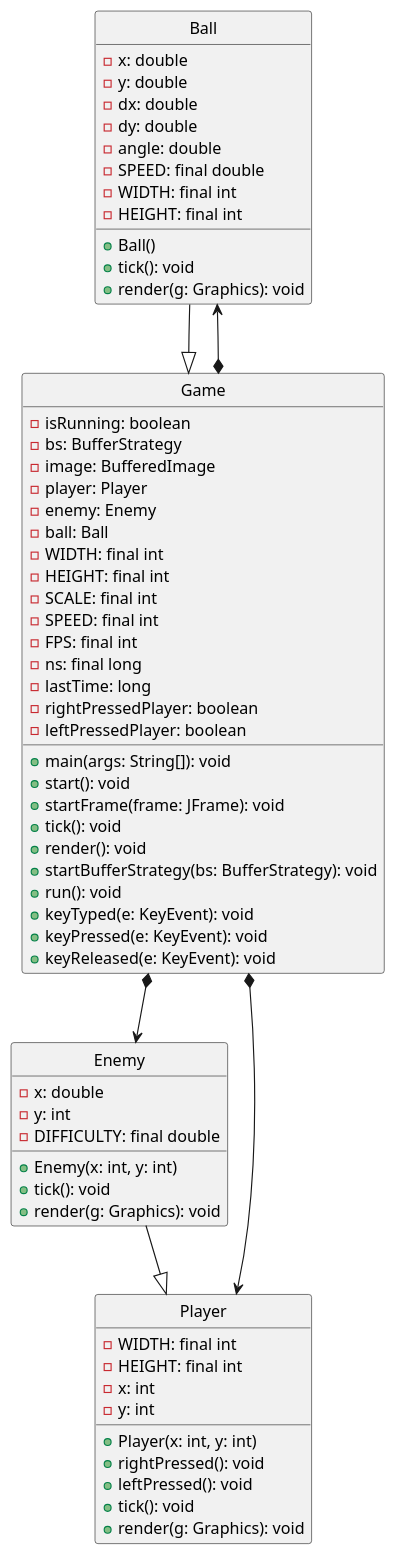
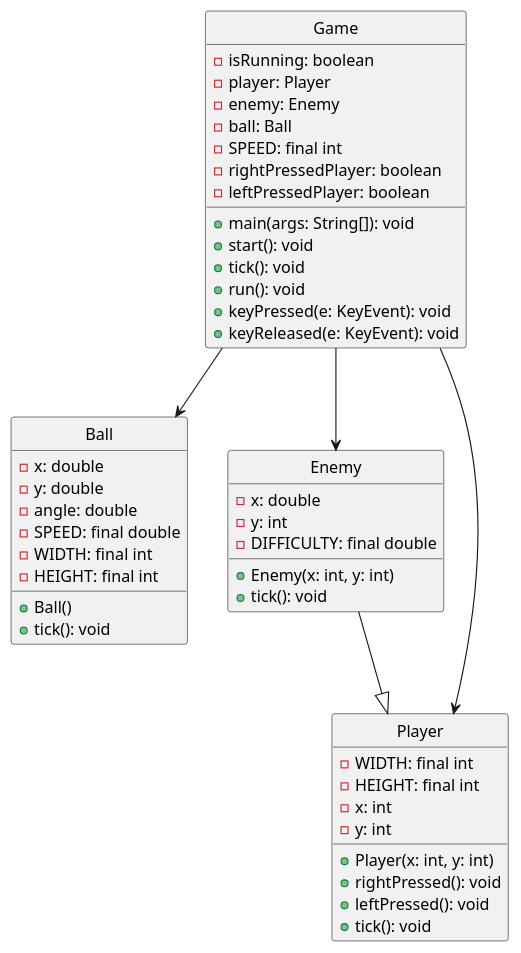
The diagram in Diagrams/classDiagram.puml (mapkpo/Tp-ingenieria-del-software), drawn with PlantUML before and after one commit. The commit also changed 2 other files, not shown here.

Commit message:
Updated diagrams

```diff
--- a/Diagrams/classDiagram.puml
+++ b/Diagrams/classDiagram.puml
@@ -1,74 +1,56 @@
 @startuml classDiagram
 
 hide circle
 
 class Ball {
     - x: double
     - y: double
-    - dx: double
-    - dy: double
     - angle: double
     - SPEED: final double
     - WIDTH: final int
     - HEIGHT: final int
     + Ball()
     + tick(): void
-    + render(g: Graphics): void
 }
 
 class Enemy {
     - x: double
     - y: int
     - DIFFICULTY: final double
     + Enemy(x: int, y: int)
     + tick(): void
-    + render(g: Graphics): void
 }
 
 class Game {
     - isRunning: boolean
-    - bs: BufferStrategy
-    - image: BufferedImage
     - player: Player
     - enemy: Enemy
     - ball: Ball
-    - WIDTH: final int
-    - HEIGHT: final int
-    - SCALE: final int
     - SPEED: final int
-    - FPS: final int
-    - ns: final long
-    - lastTime: long
     - rightPressedPlayer: boolean
     - leftPressedPlayer: boolean
     + main(args: String[]): void
     + start(): void
-    + startFrame(frame: JFrame): void
     + tick(): void
-    + render(): void
-    + startBufferStrategy(bs: BufferStrategy): void
     + run(): void
-    + keyTyped(e: KeyEvent): void
     + keyPressed(e: KeyEvent): void
     + keyReleased(e: KeyEvent): void
 }
 
 class Player {
     - WIDTH: final int
     - HEIGHT: final int
     - x: int
     - y: int
     + Player(x: int, y: int)
     + rightPressed(): void
     + leftPressed(): void
     + tick(): void
-    + render(g: Graphics): void
 }
 
-Ball --|> Game
 Enemy --|> Player
-Game *--> Ball
-Game *--> Player
-Game *--> Enemy
+Game --> Ball
+Game --> Player
+Game --> Enemy
 
 @enduml
```
